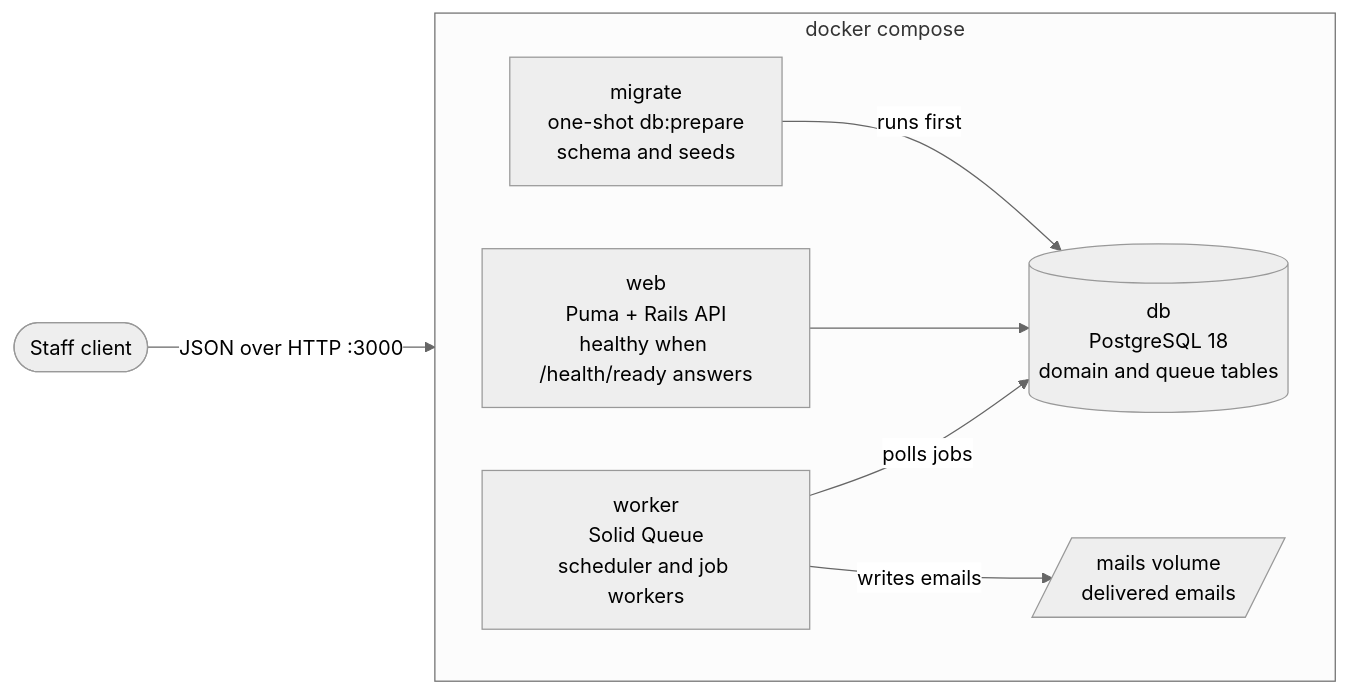
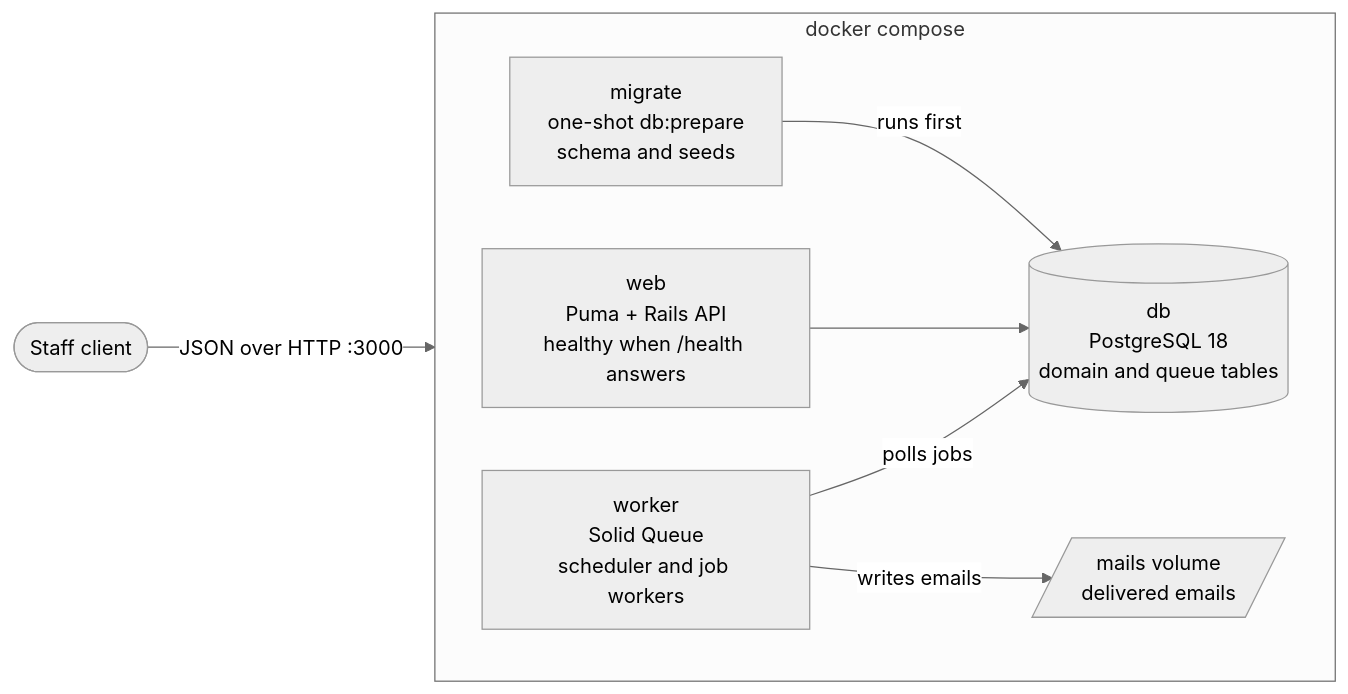
One commit to bbronek/bookcase-api changed the first of 6 diagrams in docs/diagrams.md. Above: the diagram before and after it, drawn with Mermaid (neutral theme). The commit also changed other lines of this file and 25 other files, not shown here.

````diff
--- a/docs/diagrams.md
+++ b/docs/diagrams.md
@@ -16,18 +16,18 @@
 ```mermaid
 flowchart LR
     staff(["Staff client"]) -- "JSON over HTTP :3000" --> web
 
     subgraph compose["docker compose"]
         direction LR
         migrate["migrate<br/>one-shot db:prepare<br/>schema and seeds"]
-        web["web<br/>Puma + Rails API<br/>healthy when /health/ready answers"]
+        web["web<br/>Puma + Rails API<br/>healthy when /health answers"]
         worker["worker<br/>Solid Queue<br/>scheduler and job workers"]
         db[("db<br/>PostgreSQL 18<br/>domain and queue tables")]
         mails[/"mails volume<br/>delivered emails"/]
     end
 
     migrate -- "runs first" --> db
     web --> db
     worker -- "polls jobs" --> db
     worker -- "writes emails" --> mails
 ```
````
